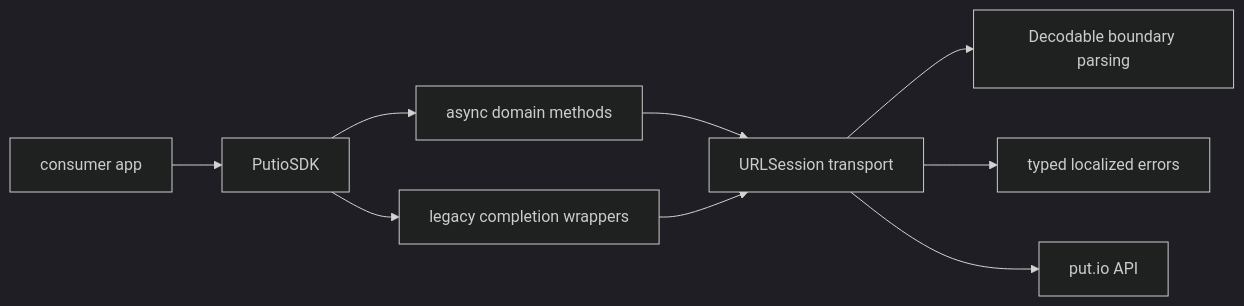
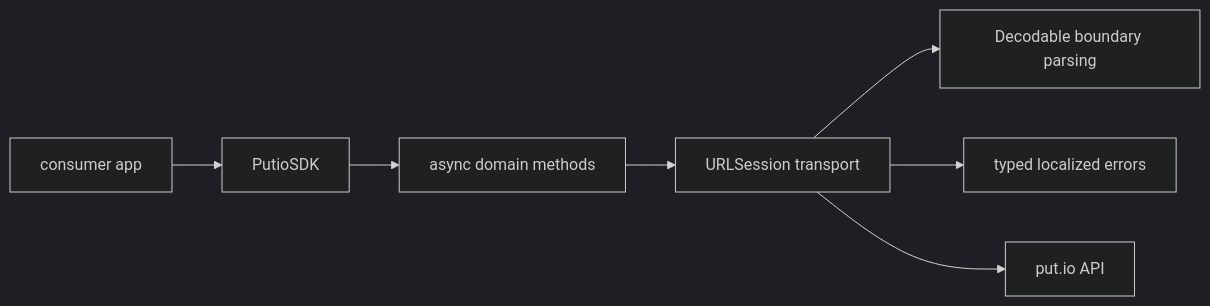
One commit to putdotio/putio-swift changed the diagram in docs/ARCHITECTURE.md. Above: the diagram before and after it, drawn with Mermaid (dark theme). The commit also changed other lines of this file and 22 other files, not shown here.

````diff
--- a/docs/ARCHITECTURE.md
+++ b/docs/ARCHITECTURE.md
@@ -9,11 +9,9 @@
 ```mermaid
 graph LR
   Consumer["consumer app"] --> Client["PutioSDK"]
   Client --> Async["async domain methods"]
-  Client --> Legacy["legacy completion wrappers"]
   Async --> Transport["URLSession transport"]
-  Legacy --> Transport
   Transport --> Decode["Decodable boundary parsing"]
   Transport --> Errors["typed localized errors"]
   Transport --> API["put.io API"]
 ```
````
